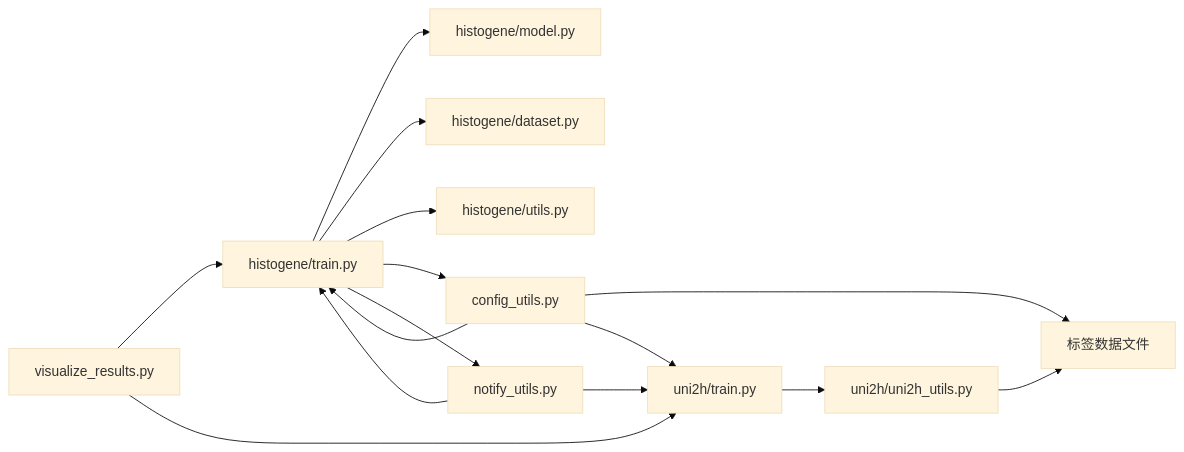
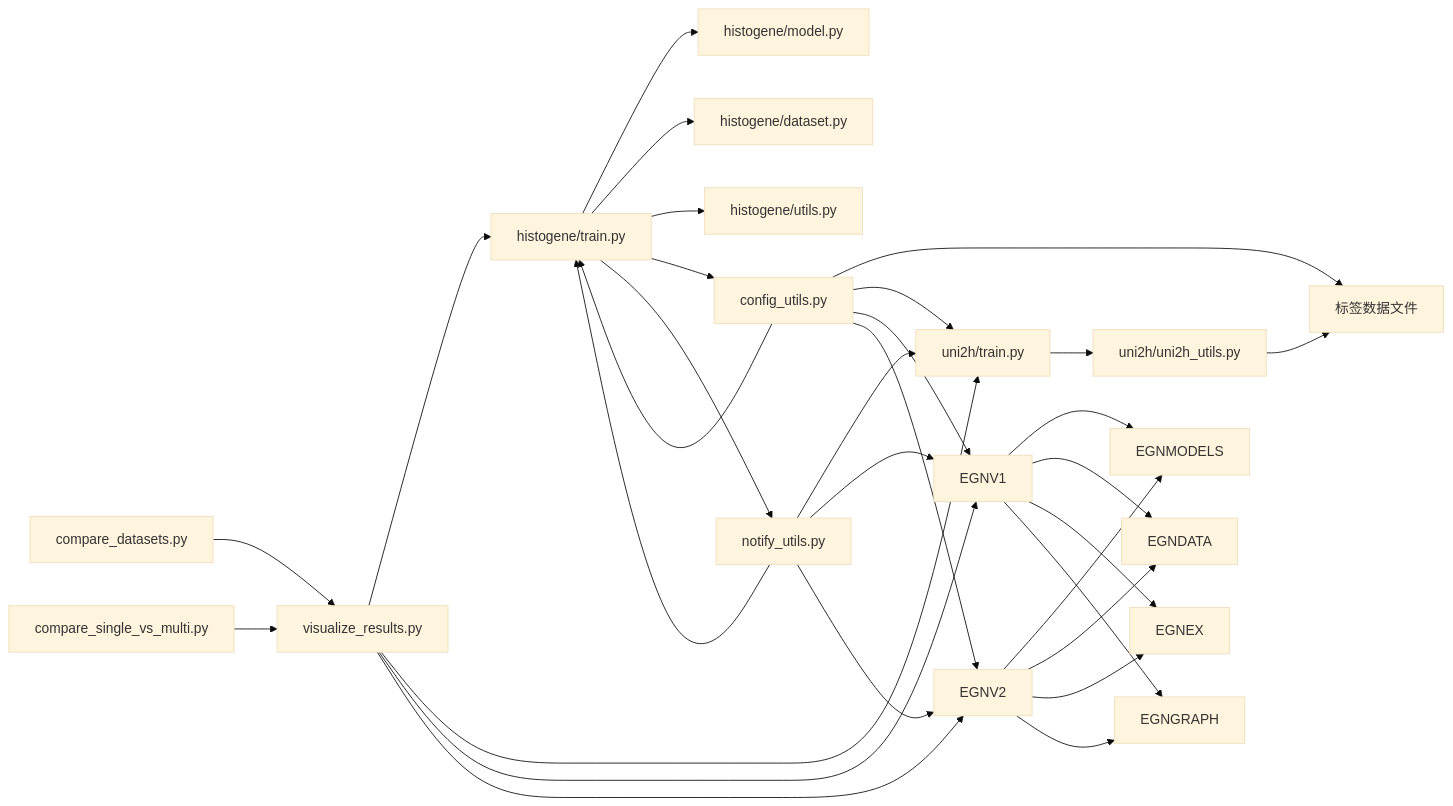
Before and after one commit to qzs610038-star/AI-esophagus-cancer-basedon-HF-HT: the seventh of 7 diagrams in .qoder/repowiki/zh/content/训练系统/训练系统.md, drawn with Mermaid (base theme). The commit also changed other lines of this file and 146 other files, not shown here.

````diff
--- a/.qoder/repowiki/zh/content/训练系统/训练系统.md
+++ b/.qoder/repowiki/zh/content/训练系统/训练系统.md
@@ -415,17 +560,33 @@
 ```mermaid
 graph LR
 T["histogene/train.py"] --> M["histogene/model.py"]
 T --> D["histogene/dataset.py"]
 T --> U["histogene/utils.py"]
 T --> CFG["config_utils.py"]
 T --> NU["notify_utils.py"]
 UT["uni2h/train.py"] --> UU["uni2h/uni2h_utils.py"]
 UU --> D2["标签数据文件"]
 CFG --> D2
 CFG --> T
 CFG --> UT
+CFG --> EGNV1
+CFG --> EGNV2
 NU --> T
 NU --> UT
+NU --> EGNV1
+NU --> EGNV2
 VR["visualize_results.py"] --> T
 VR --> UT
+VR --> EGNV1
+VR --> EGNV2
+CD["compare_datasets.py"] --> VR
+CSM["compare_single_vs_multi.py"] --> VR
+EGNV1 --> EGNMODELS
+EGNV1 --> EGNDATA
+EGNV1 --> EGNEX
+EGNV1 --> EGNGRAPH
+EGNV2 --> EGNMODELS
+EGNV2 --> EGNDATA
+EGNV2 --> EGNEX
+EGNV2 --> EGNGRAPH
 ```
````
